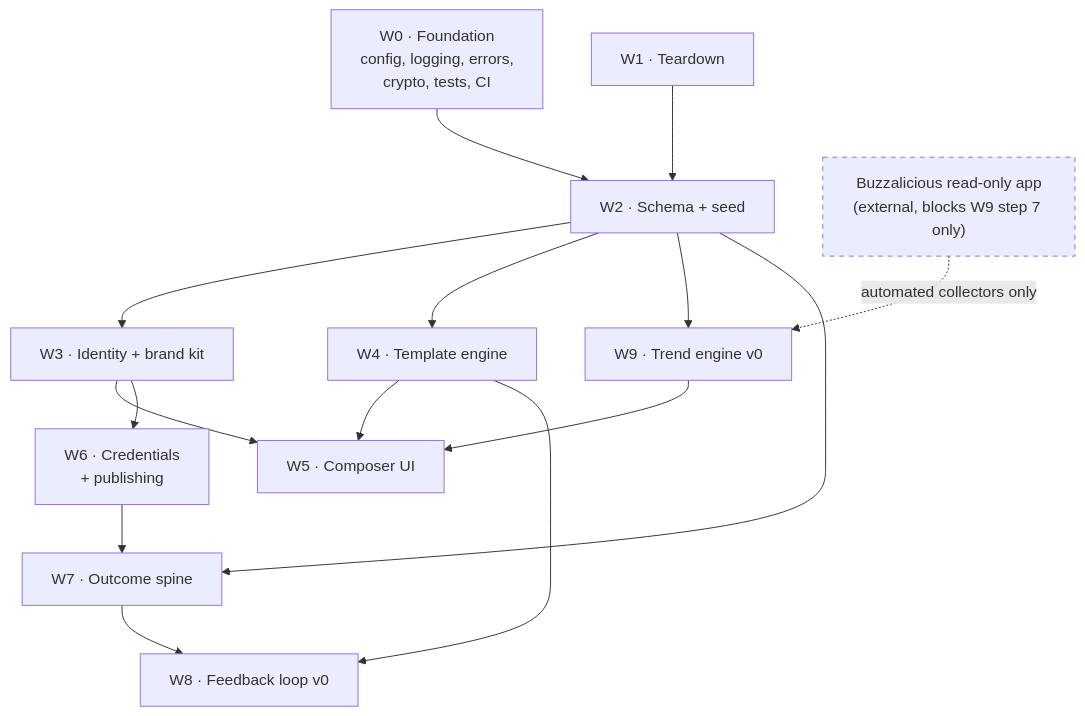
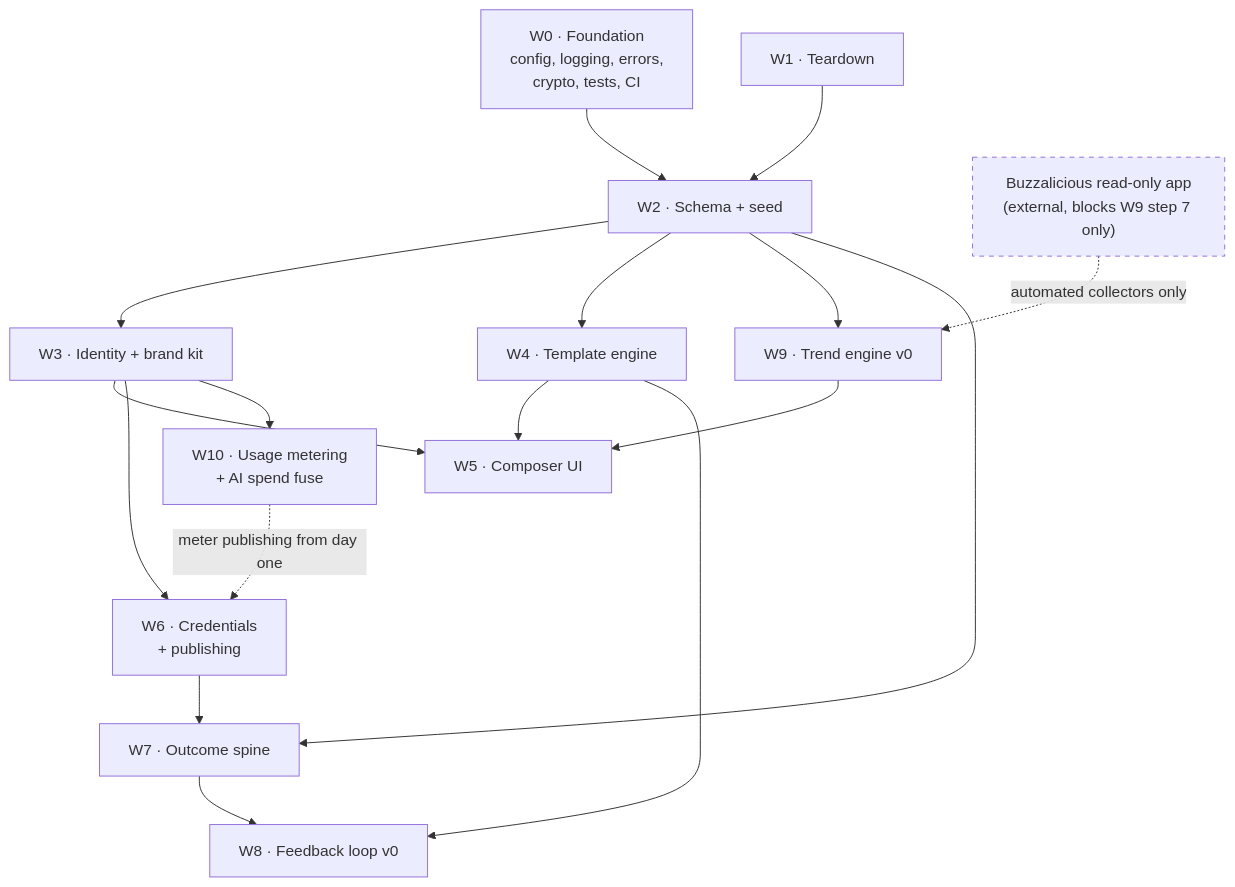
One commit to saragibby/buzzalicious changed the diagram in docs/04-phase-1-roadmap.md. Above: the diagram before and after it, drawn with Mermaid. The commit also changed other lines of this file and 5 other files, not shown here.

First line of the commit message:
docs: decide usage metering spine and AI spend fuse (ADR-0011, W10)

````diff
--- a/docs/04-phase-1-roadmap.md
+++ b/docs/04-phase-1-roadmap.md
@@ -44,31 +45,34 @@
 ```mermaid
 flowchart TD
     W0["W0 · Foundation<br/>config, logging, errors,<br/>crypto, tests, CI"]
     W1["W1 · Teardown"]
     W2["W2 · Schema + seed"]
     W3["W3 · Identity + brand kit"]
     W4["W4 · Template engine"]
     W5["W5 · Composer UI"]
     W6["W6 · Credentials<br/>+ publishing"]
     W7["W7 · Outcome spine"]
     W8["W8 · Feedback loop v0"]
     W9["W9 · Trend engine v0"]
+    W10["W10 · Usage metering<br/>+ AI spend fuse"]
     APPROVE["Buzzalicious read-only app<br/>(external, blocks W9 step 7 only)"]
 
     W0 --> W2
     W1 --> W2
     W2 --> W3
     W2 --> W4
     W2 --> W9
     W3 --> W5
     W4 --> W5
     W3 --> W6
     APPROVE -.->|automated collectors only| W9
     W6 --> W7
     W2 --> W7
     W4 --> W8
     W7 --> W8
     W9 --> W5
+    W3 --> W10
+    W10 -.->|meter publishing from day one| W6
 
     style APPROVE stroke-dasharray: 5 5
 ```
````
